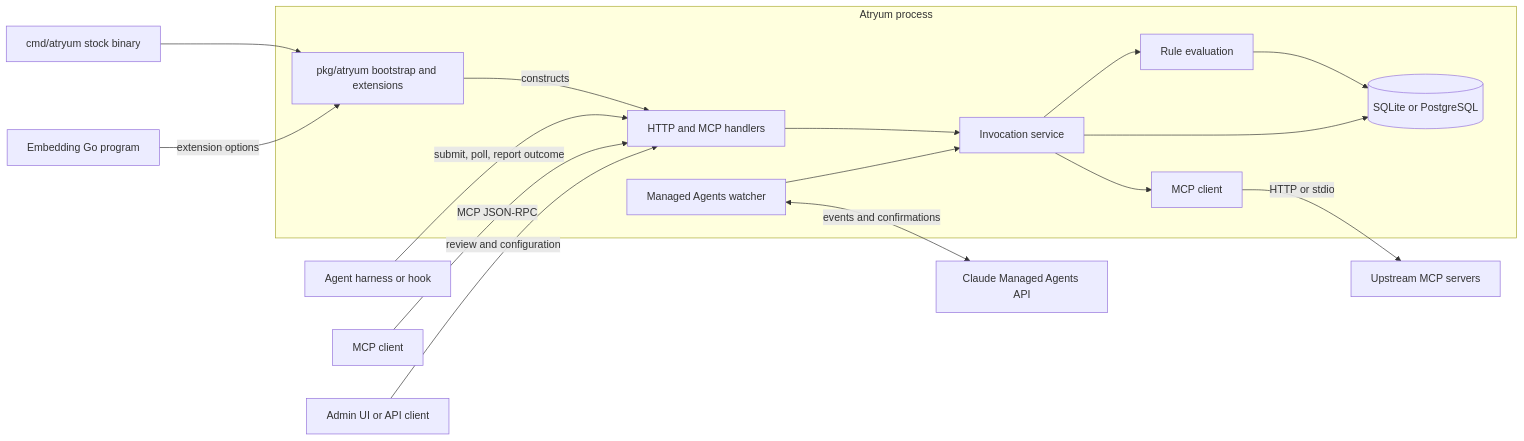
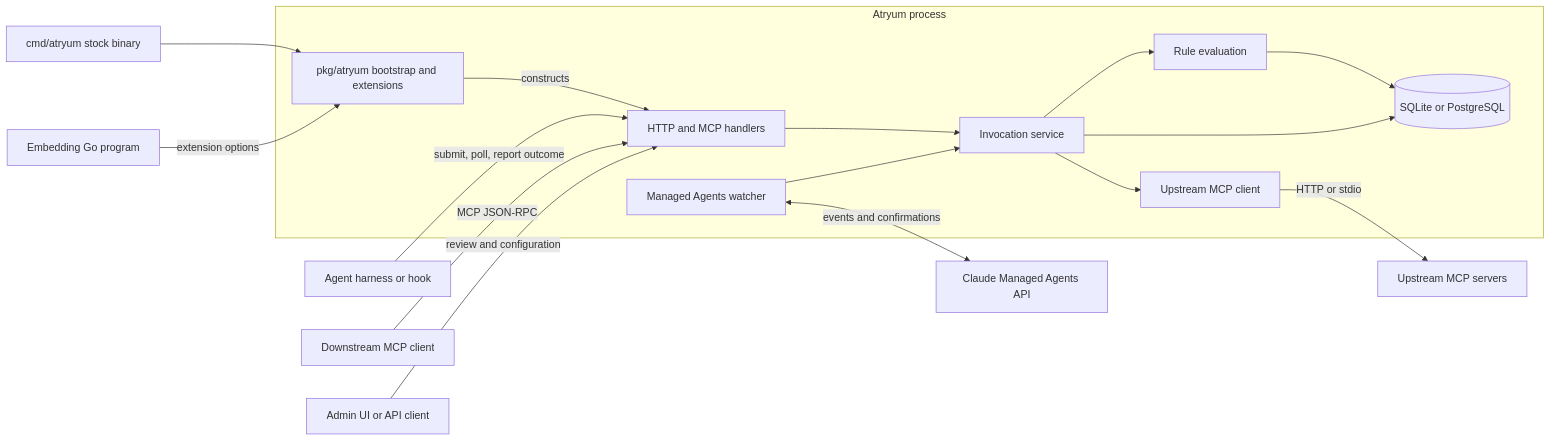
Before and after one commit to validmind/atryum: the first of 7 diagrams in docs/architecture.md, drawn with Mermaid. The commit also changed other lines of this file, not shown here.

Commit message:
docs: clarify upstream/downstream terminology in system context
"Upstream"/"downstream" were used throughout the doc (Runtime ingress,
Component boundaries, the SSE relay section) but only ever defined ~200
lines in, under a feature-specific subsection. The System context diagram
also had two different nodes both labeled "MCP client" — the downstream
agent's connection and Atryum's own upstream-facing client — one of them
literally named "Upstream", colliding with what "upstream" means everywhere
else in the doc (the external tool server, the diagram's separate "Tools"
node).

````diff
--- a/docs/architecture.md
+++ b/docs/architecture.md
@@ -14,34 +20,34 @@
 ```mermaid
 flowchart LR
     Stock[cmd/atryum stock binary]
     Embedder[Embedding Go program]
     Hook[Agent harness or hook]
-    MCP[MCP client]
+    MCP[Downstream MCP client]
     Claude[Claude Managed Agents API]
     Admin[Admin UI or API client]
 
     subgraph Atryum[Atryum process]
         Bootstrap[pkg/atryum bootstrap and extensions]
         API[HTTP and MCP handlers]
         Watcher[Managed Agents watcher]
         Service[Invocation service]
         Rules[Rule evaluation]
         Store[(SQLite or PostgreSQL)]
-        Upstream[MCP client]
+        MCPClient[Upstream MCP client]
     end
 
     Stock --> Bootstrap
     Embedder -->|extension options| Bootstrap
     Bootstrap -->|constructs| API
     Hook -->|submit, poll, report outcome| API
     MCP -->|MCP JSON-RPC| API
     Admin -->|review and configuration| API
     Watcher <-->|events and confirmations| Claude
     API --> Service
     Watcher --> Service
     Service --> Rules
     Rules --> Store
     Service --> Store
-    Service --> Upstream
-    Upstream -->|HTTP or stdio| Tools[Upstream MCP servers]
+    Service --> MCPClient
+    MCPClient -->|HTTP or stdio| Tools[Upstream MCP servers]
 ```
````
